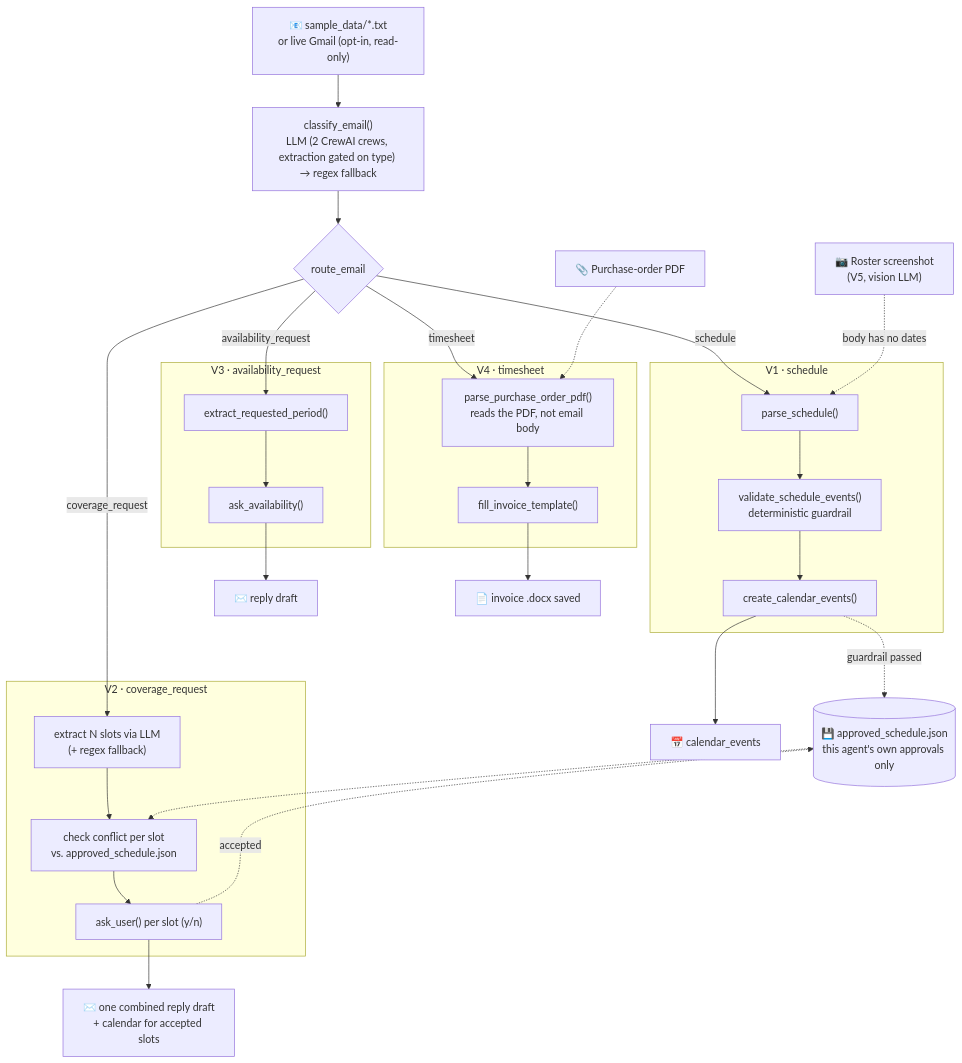
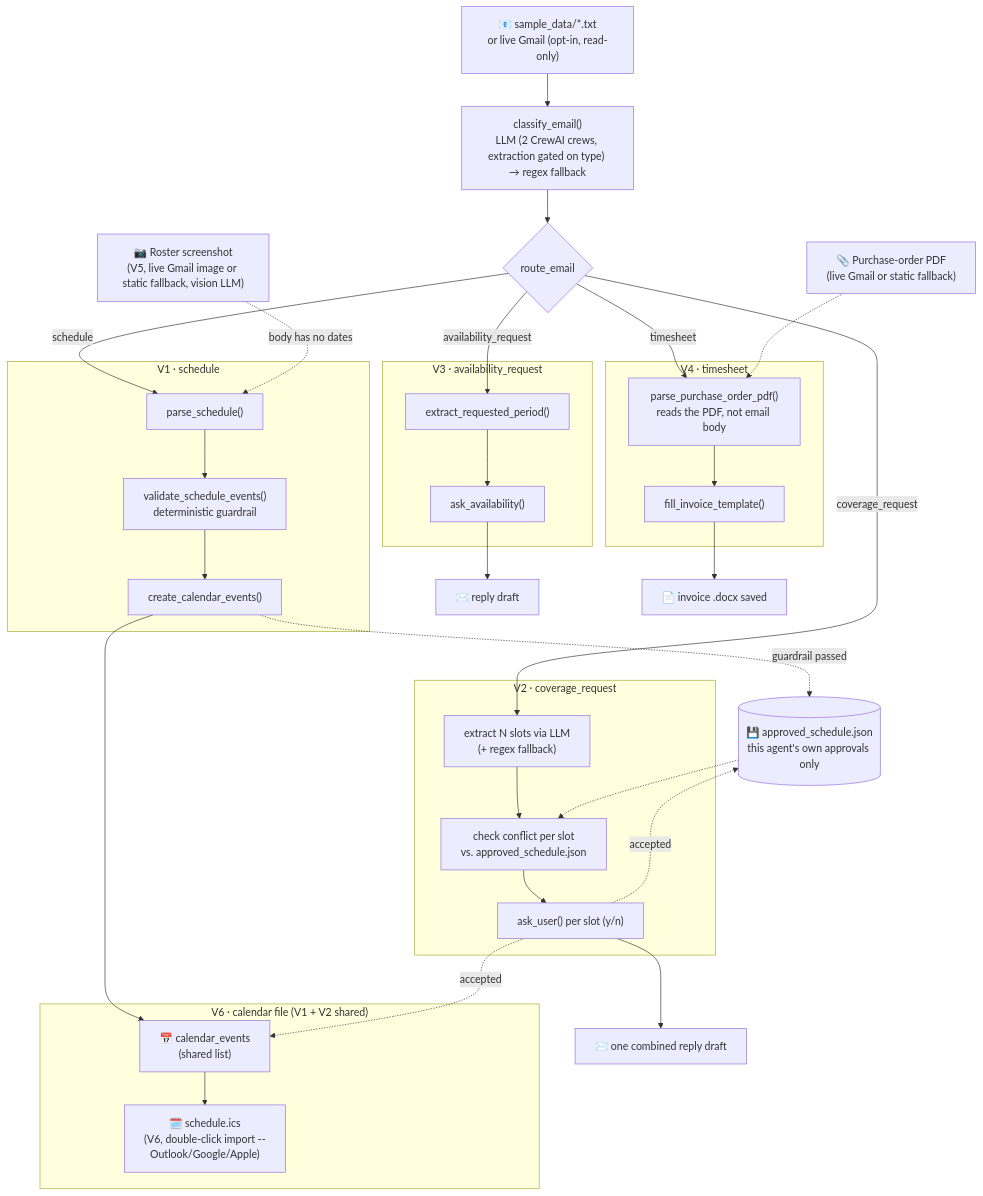
The diagram in README.md (nadcodegit/Scheduler-Agent), drawn with Mermaid before and after one commit. The commit also changed other lines of this file, not shown here.

````diff
--- a/README.md
+++ b/README.md
@@ -17,41 +17,46 @@
 ```mermaid
 flowchart TD
     start["📧 sample_data/*.txt<br/>or live Gmail (opt-in, read-only)"] --> classify["classify_email()<br/>LLM (2 CrewAI crews, extraction gated on type) → regex fallback"]
     classify --> router{route_email}
 
     router -->|schedule| sched1
     router -->|coverage_request| cov1
     router -->|availability_request| avail1
     router -->|timesheet| ts1
 
     subgraph V1["V1 · schedule"]
         sched1["parse_schedule()"] --> sched2["validate_schedule_events()<br/>deterministic guardrail"]
         sched2 --> sched3["create_calendar_events()"]
     end
 
     store[("💾 approved_schedule.json<br/>this agent's own approvals only")]
     sched3 -.->|guardrail passed| store
 
     subgraph V2["V2 · coverage_request"]
         cov1["extract N slots via LLM<br/>(+ regex fallback)"] --> cov2["check conflict per slot<br/>vs. approved_schedule.json"]
         cov2 --> cov3["ask_user() per slot (y/n)"]
     end
     store -.-> cov2
     cov3 -.->|accepted| store
 
     subgraph V3["V3 · availability_request"]
         avail1["extract_requested_period()"] --> avail2["ask_availability()"]
     end
 
     subgraph V4["V4 · timesheet"]
         ts1["parse_purchase_order_pdf()<br/>reads the PDF, not email body"] --> ts2["fill_invoice_template()"]
     end
 
-    img["📷 Roster screenshot<br/>(V5, vision LLM)"] -.->|body has no dates| sched1
-    pdf["📎 Purchase-order PDF"] -.-> ts1
+    img["📷 Roster screenshot<br/>(V5, live Gmail image or static fallback, vision LLM)"] -.->|body has no dates| sched1
+    pdf["📎 Purchase-order PDF<br/>(live Gmail or static fallback)"] -.-> ts1
 
-    sched3 --> out1["📅 calendar_events"]
-    cov3 --> out2["✉️ one combined reply draft<br/>+ calendar for accepted slots"]
+    sched3 --> out1["📅 calendar_events<br/>(shared list)"]
+    cov3 -.->|accepted| out1
+    cov3 --> out2["✉️ one combined reply draft"]
     avail2 --> out3["✉️ reply draft"]
     ts2 --> out4["📄 invoice .docx saved"]
+
+    subgraph V6["V6 · calendar file (V1 + V2 shared)"]
+        out1 --> ics["🗓️ schedule.ics<br/>(V6, double-click import --<br/>Outlook/Google/Apple)"]
+    end
 ```
````
